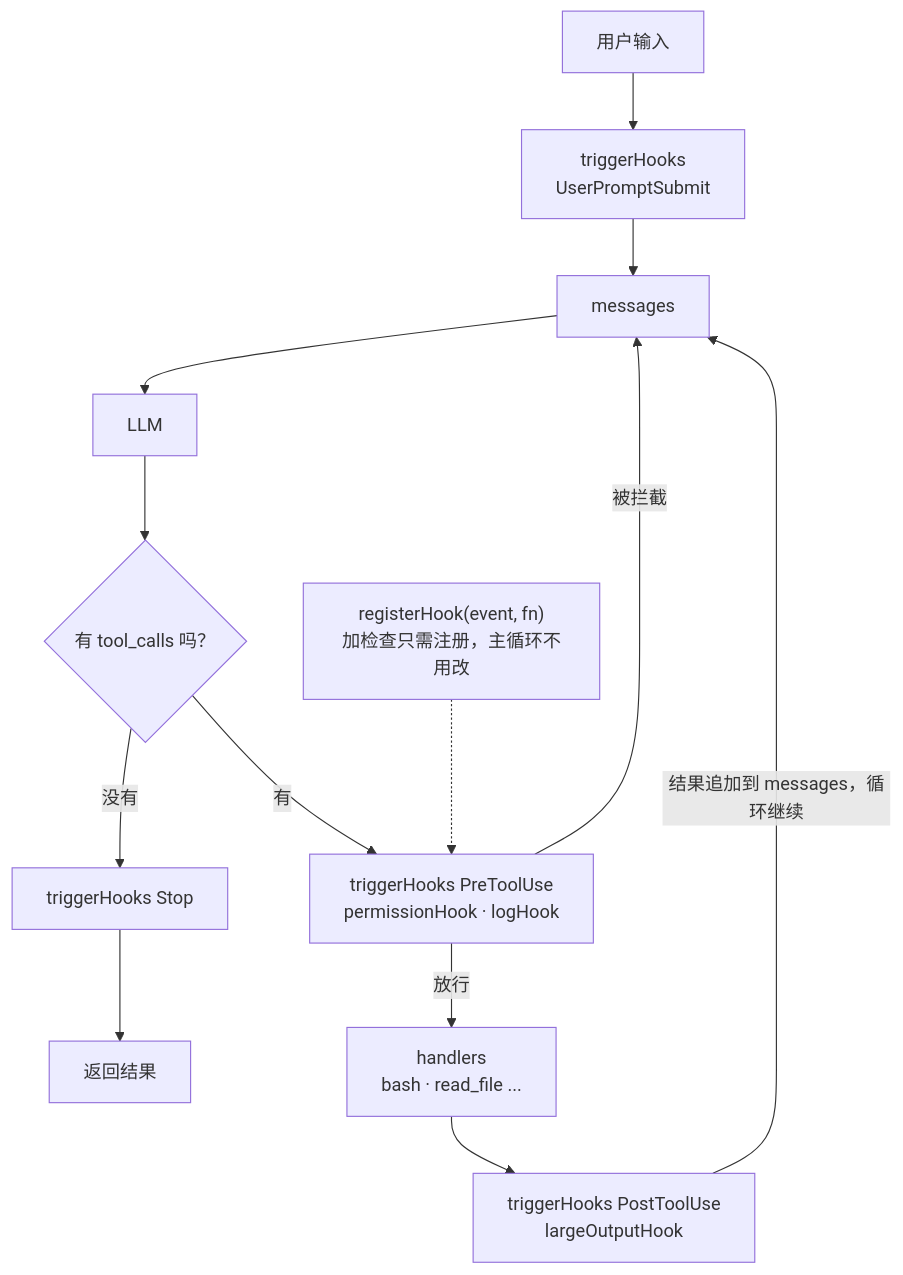
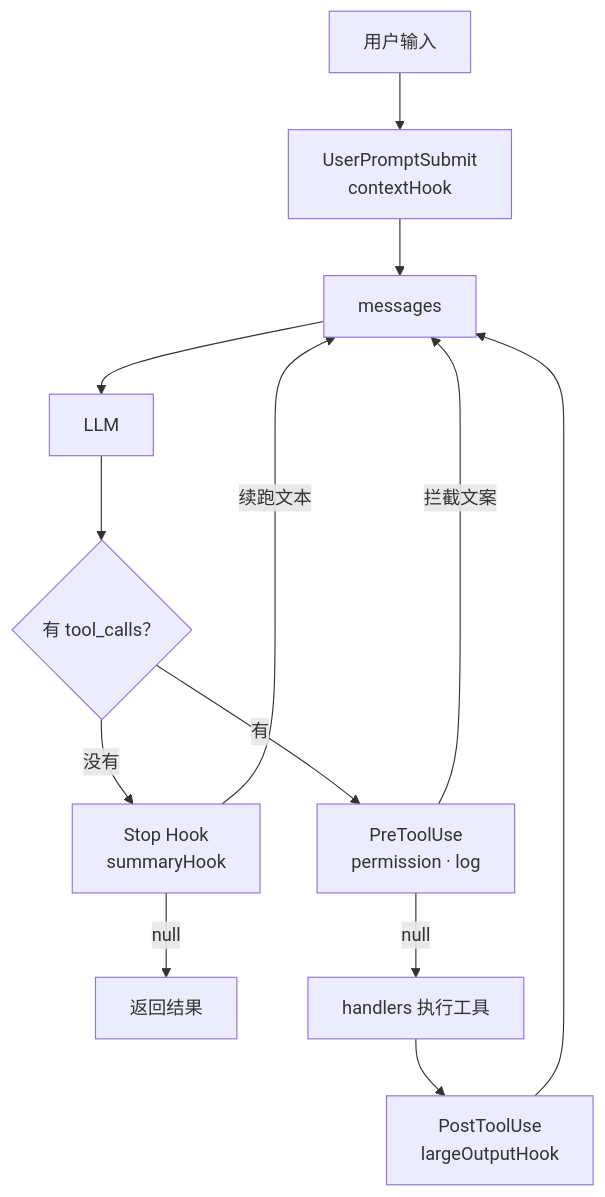
Before and after one commit to shengxinjing/build-your-agent: the diagram in code-agent-course/s04-hooks.md, drawn with Mermaid. The commit also changed other lines of this file and 11 other files, not shown here.

````diff
--- a/code-agent-course/s04-hooks.md
+++ b/code-agent-course/s04-hooks.md
@@ -45,14 +15,15 @@
 ```mermaid
 flowchart TD
-  U["用户输入"] --> UP["triggerHooks<br/>UserPromptSubmit"]
+  U["用户输入"] --> UP["UserPromptSubmit<br/>contextHook"]
   UP --> M["messages"]
   M --> L["LLM"]
-  L --> Q{"有 tool_calls 吗？"}
-  Q -->|没有| S["triggerHooks Stop"] --> R["返回结果"]
-  Q -->|有| PRE["triggerHooks PreToolUse<br/>permissionHook · logHook"]
-  PRE -->|被拦截| M
-  PRE -->|放行| H["handlers<br/>bash · read_file ..."]
-  H --> POST["triggerHooks PostToolUse<br/>largeOutputHook"]
-  POST -->|结果追加到 messages，循环继续| M
-  REG["registerHook(event, fn)<br/>加检查只需注册，主循环不用改"] -.-> PRE
+  L --> Q{"有 tool_calls？"}
+  Q -->|没有| S["Stop Hook<br/>summaryHook"]
+  S -->|null| R["返回结果"]
+  S -->|续跑文本| M
+  Q -->|有| PRE["PreToolUse<br/>permission · log"]
+  PRE -->|拦截文案| M
+  PRE -->|null| H["handlers 执行工具"]
+  H --> POST["PostToolUse<br/>largeOutputHook"]
+  POST --> M
 ```
````
